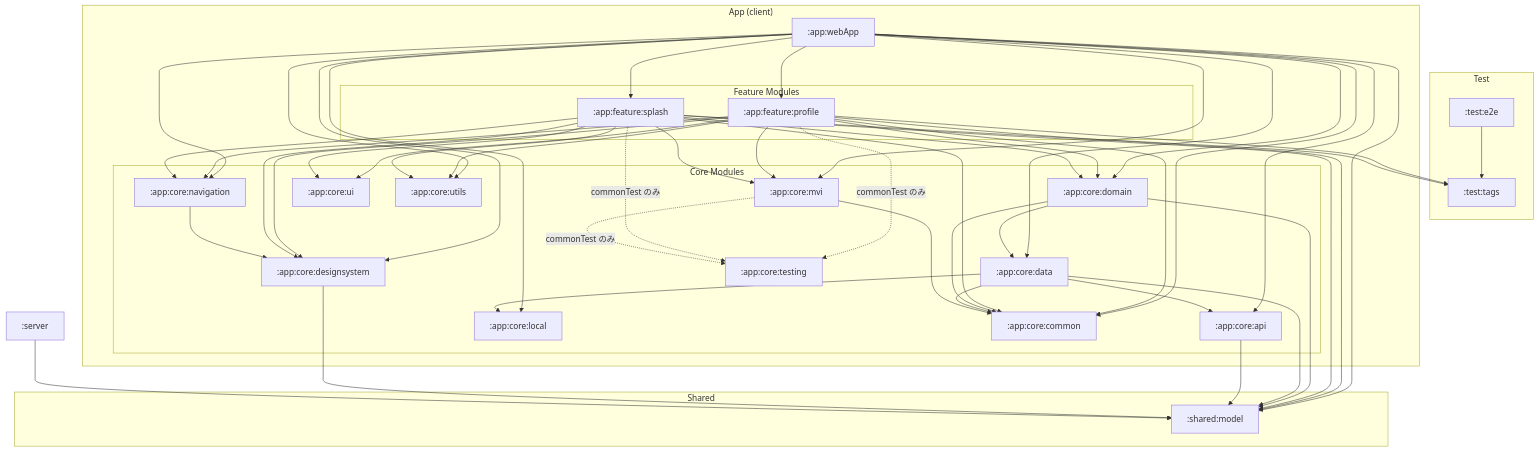
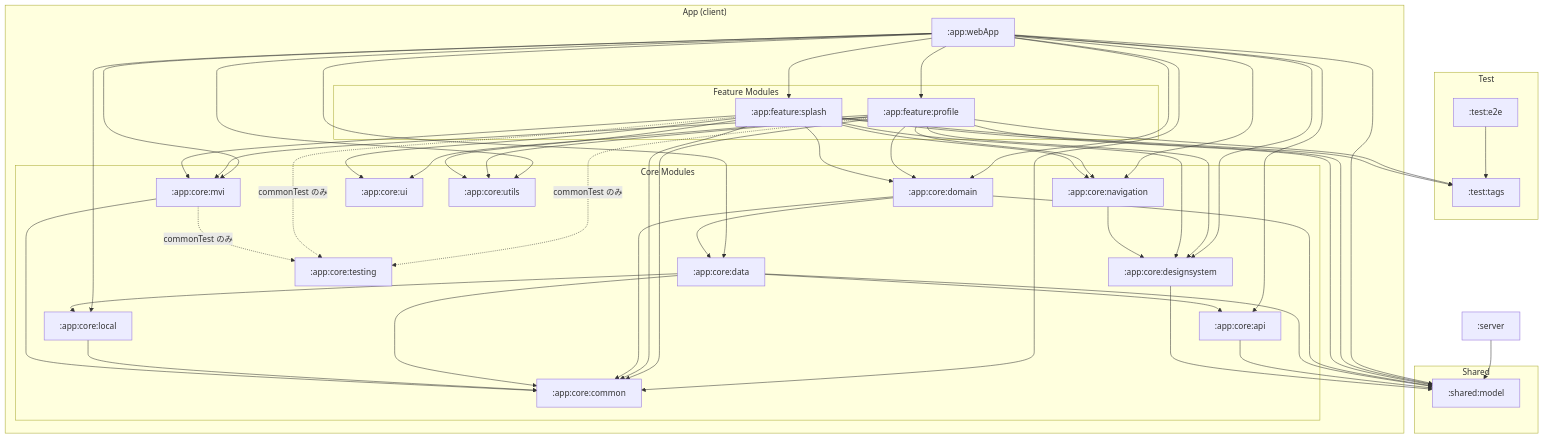
The diagram in docs/ModuleOverview.md (kei-1111/kei-1111.github.io), drawn with Mermaid before and after one commit. The commit also changed other lines of this file and 5 other files, not shown here.

````diff
--- a/docs/ModuleOverview.md
+++ b/docs/ModuleOverview.md
@@ -11,53 +11,54 @@
 ```mermaid
 flowchart TB
     subgraph "Shared"
         model[":shared:model"]
     end
 
     subgraph "Test"
         testTags[":test:tags"]
         testE2e[":test:e2e"]
     end
 
     server[":server"]
 
     subgraph "App (client)"
         webApp[":app:webApp"]
 
         subgraph "Feature Modules"
             profile[":app:feature:profile"]
             splash[":app:feature:splash"]
         end
 
         subgraph "Core Modules"
             domain[":app:core:domain"]
             data[":app:core:data"]
             api[":app:core:api"]
             local[":app:core:local"]
             designsystem[":app:core:designsystem"]
             mvi[":app:core:mvi"]
             navigation[":app:core:navigation"]
             testing[":app:core:testing"]
             ui[":app:core:ui"]
             common[":app:core:common"]
             utils[":app:core:utils"]
         end
     end
 
     webApp --> profile & splash
     webApp --> api & common & data & designsystem & domain & local & mvi & navigation & utils & model
 
     profile & splash --> common & designsystem & domain & mvi & navigation & ui & utils & model & testTags
     profile & splash & mvi -. commonTest のみ .-> testing
 
     domain --> common & data & model
     data --> api & common & local & model
     api --> model
+    local --> common
     mvi --> common
     navigation --> designsystem
     designsystem --> model
 
     server --> model
 
     testE2e --> testTags
 ```
````
